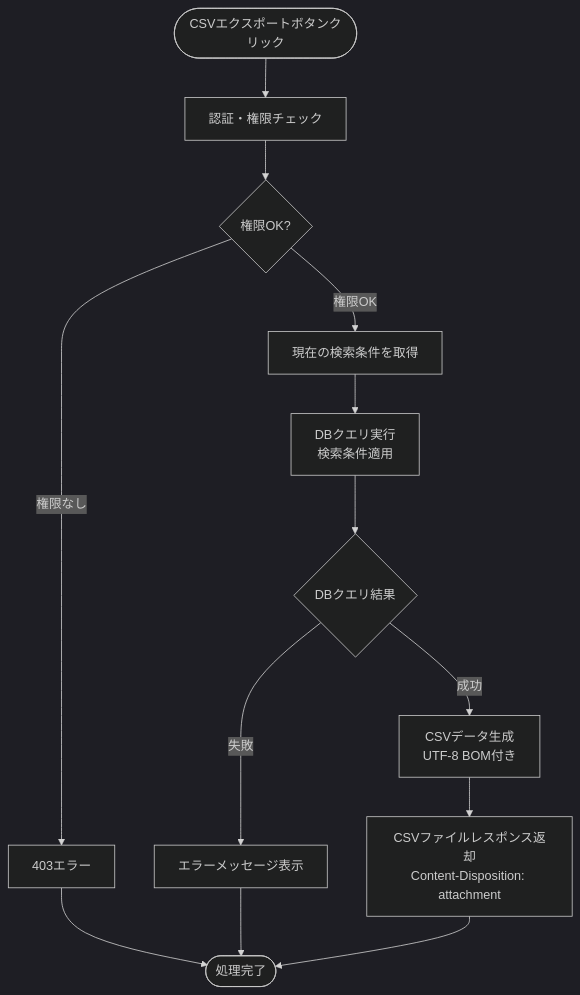
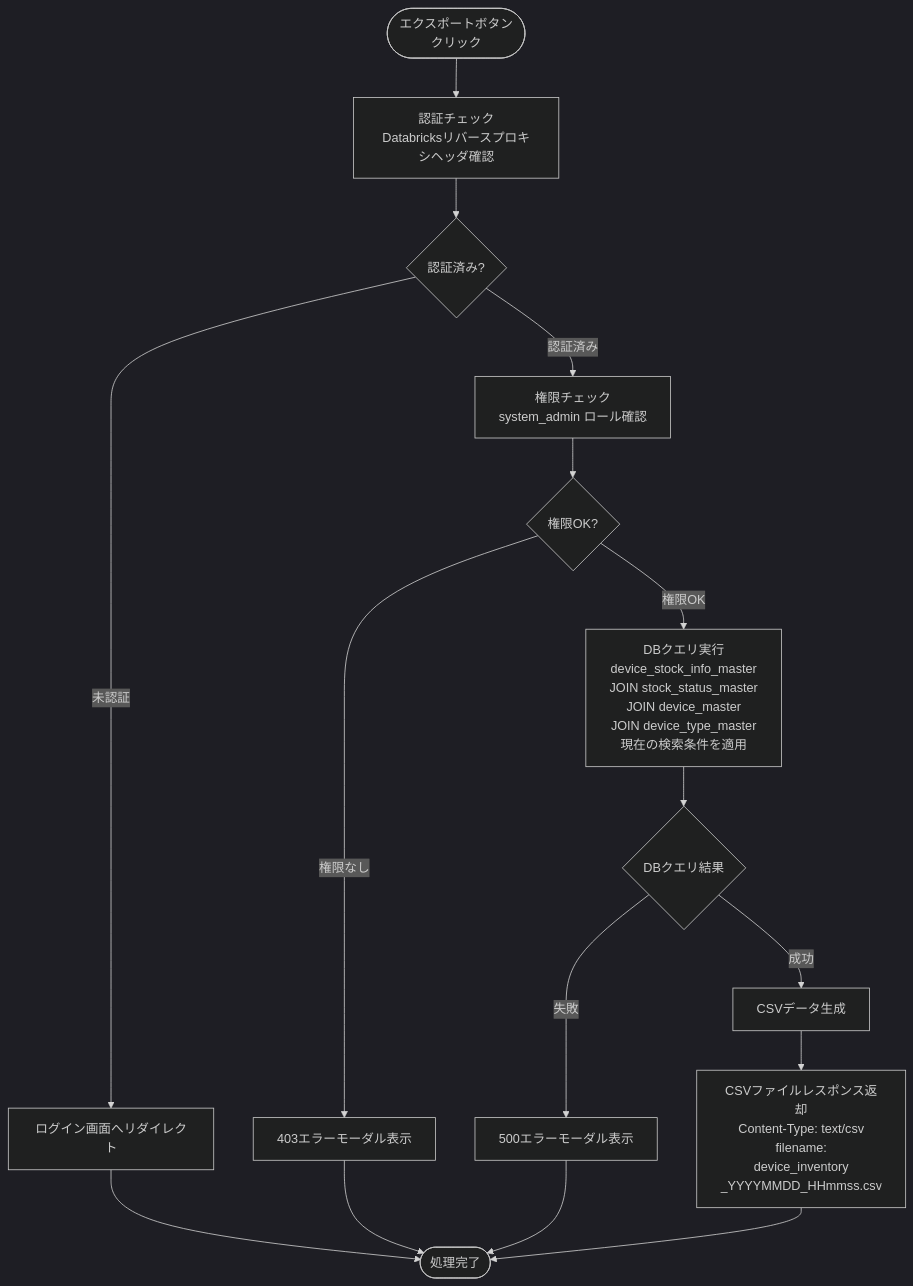
Before and after one commit to NSW-SVCP-AIWG002/Databricks-IoT: the ninth of 9 diagrams in docs/03-features/flask-app/device-inventory/workflow-specification.md, drawn with Mermaid (dark theme). The commit also changed other lines of this file and 4 other files, not shown here.

````diff
--- a/docs/03-features/flask-app/device-inventory/workflow-specification.md
+++ b/docs/03-features/flask-app/device-inventory/workflow-specification.md
@@ -762,19 +776,22 @@
 ```mermaid
 flowchart TD
-    Start([CSVエクスポートボタンクリック]) --> Auth[認証・権限チェック]
-    Auth --> CheckPerm{権限OK?}
-    CheckPerm -->|権限なし| Error403[403エラー]
+    Start([エクスポートボタン<br>クリック]) --> Auth[認証チェック<br>Databricksリバースプロキシヘッダ確認]
+    Auth --> CheckAuth{認証済み?}
+    CheckAuth -->|未認証| Error401[ログイン画面へリダイレクト]
+    Error401 --> End([処理完了])
 
-    CheckPerm -->|権限OK| GetParams[現在の検索条件を取得]
-    GetParams --> Query[DBクエリ実行<br>検索条件適用]
-    Query --> CheckDB{DBクエリ結果}
+    CheckAuth -->|認証済み| Permission[権限チェック<br>system_admin ロール確認]
+    Permission --> CheckPerm{権限OK?}
+    CheckPerm -->|権限なし| Error403[403エラーモーダル表示]
+    Error403 --> End
 
-    CheckDB -->|失敗| Error500[エラーメッセージ表示]
+    CheckPerm -->|権限OK| GetParams[DBクエリ実行<br>device_stock_info_master<br>JOIN stock_status_master<br>JOIN device_master<br>JOIN device_type_master<br>現在の検索条件を適用]
+    GetParams --> CheckDB{DBクエリ結果}
 
-    CheckDB -->|成功| Generate[CSVデータ生成<br>UTF-8 BOM付き]
-    Generate --> Response[CSVファイルレスポンス返却<br>Content-Disposition: attachment]
+    CheckDB -->|失敗| Error500[500エラーモーダル表示]
+    Error500 --> End
 
-    Error403 --> End([処理完了])
-    Error500 --> End
+    CheckDB -->|成功| Generate[CSVデータ生成]
+    Generate --> Response[CSVファイルレスポンス返却<br>Content-Type: text/csv<br>filename:<br>device_inventory<br>_YYYYMMDD_HHmmss.csv]
     Response --> End
 ```
````
